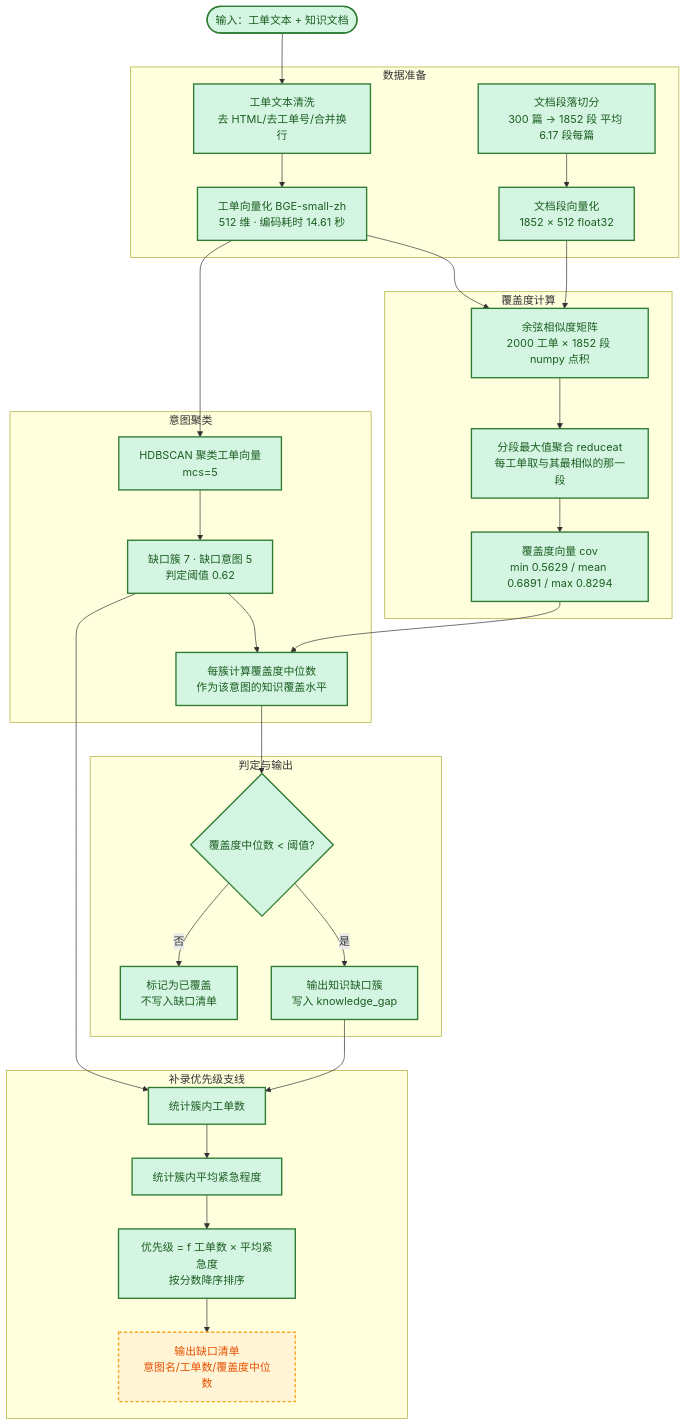
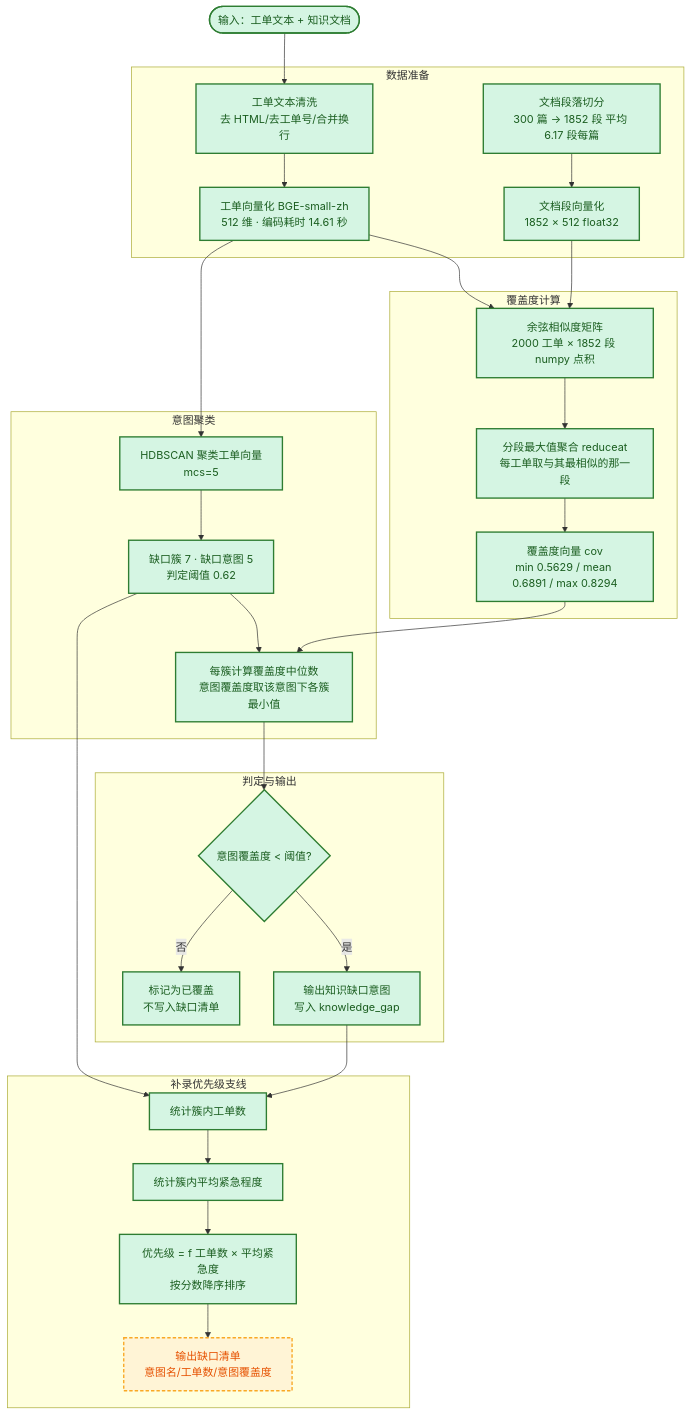
Before and after one commit to meisijiya/kb-quality-governance: the diagram in poc/kbgovernance/figures/03-核心算法流程图.md, drawn with Mermaid. The commit also changed other lines of this file and 21 other files, not shown here.

First line of the commit message:
docs(plan): 方案、审计、图稿与术语同步到两口径与意图级判定

````diff
--- a/poc/kbgovernance/figures/03-核心算法流程图.md
+++ b/poc/kbgovernance/figures/03-核心算法流程图.md
@@ -14,59 +14,59 @@
 ```mermaid
 flowchart TD
   S(["输入：工单文本 + 知识文档"]):::ver
 
   subgraph PRE["数据准备"]
     A1["工单文本清洗<br/>去 HTML/去工单号/合并换行"]:::ver
     A2["文档段落切分<br/>300 篇 → 1852 段 平均 6.17 段每篇"]:::ver
     A3["工单向量化 BGE-small-zh<br/>512 维 · 编码耗时 14.61 秒"]:::ver
     A4["文档段向量化<br/>1852 × 512 float32"]:::ver
   end
 
   subgraph CORE["覆盖度计算"]
     B1["余弦相似度矩阵<br/>2000 工单 × 1852 段 numpy 点积"]:::ver
     B2["分段最大值聚合 reduceat<br/>每工单取与其最相似的那一段"]:::ver
     B3["覆盖度向量 cov<br/>min 0.5629 / mean 0.6891 / max 0.8294"]:::ver
   end
 
   subgraph CLU["意图聚类"]
     C1["HDBSCAN 聚类工单向量<br/>mcs=5"]:::ver
     C2["缺口簇 7 · 缺口意图 5<br/>判定阈值 0.62"]:::ver
-    C3["每簇计算覆盖度中位数<br/>作为该意图的知识覆盖水平"]:::ver
+    C3["每簇计算覆盖度中位数<br/>意图覆盖度取该意图下各簇最小值"]:::ver
   end
 
   subgraph DEC["判定与输出"]
-    D1{"覆盖度中位数 < 阈值?"}:::ver
-    D2["输出知识缺口簇<br/>写入 knowledge_gap"]:::ver
+    D1{"意图覆盖度 < 阈值?"}:::ver
+    D2["输出知识缺口意图<br/>写入 knowledge_gap"]:::ver
     D3["标记为已覆盖<br/>不写入缺口清单"]:::ver
   end
 
   subgraph PRIO["补录优先级支线"]
     P1["统计簇内工单数"]:::ver
     P2["统计簇内平均紧急程度"]:::ver
     P3["优先级 = f 工单数 × 平均紧急度<br/>按分数降序排序"]:::ver
-    P5["输出缺口清单<br/>意图名/工单数/覆盖度中位数"]:::todo
+    P5["输出缺口清单<br/>意图名/工单数/意图覆盖度"]:::todo
   end
 
   S --> A1
   A1 --> A3
   A2 --> A4
   A3 --> B1
   A4 --> B1
   B1 --> B2
   B2 --> B3
   A3 --> C1
   C1 --> C2
   C2 --> C3
   B3 --> C3
   C3 --> D1
   D1 -->|是| D2
   D1 -->|否| D3
   D2 --> P1
   C2 --> P1
   P1 --> P2
   P2 --> P3
   P3 --> P5
 
   classDef ver fill:#d5f5e3,stroke:#2e7d32,stroke-width:2px,color:#1b5e20
   classDef todo fill:#fff4d6,stroke:#f9a825,stroke-width:2px,stroke-dasharray:5 3,color:#e65100
 ```
````
